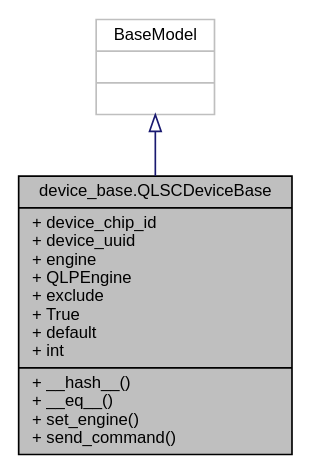
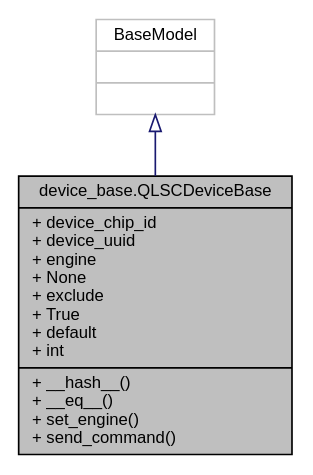
One commit to Quantum-0/qlsc changed the diagram in classdevice__base_1_1QLSCDeviceBase__inherit__graph.dot. Above: the diagram before and after it, drawn with Graphviz. The commit also changed 193 other files, not shown here.

```diff
--- a/classdevice__base_1_1QLSCDeviceBase__inherit__graph.dot
+++ b/classdevice__base_1_1QLSCDeviceBase__inherit__graph.dot
@@ -1,9 +1,9 @@
 digraph "device_base.QLSCDeviceBase"
 {
  // LATEX_PDF_SIZE
   edge [fontname="Helvetica",fontsize="10",labelfontname="Helvetica",labelfontsize="10"];
   node [fontname="Helvetica",fontsize="10",shape=record];
-  Node1 [label="{device_base.QLSCDeviceBase\n|+ device_chip_id\l+ device_uuid\l+ engine\l+ QLPEngine\l+ exclude\l+ True\l+ default\l+ int\l|+ __hash__()\l+ __eq__()\l+ set_engine()\l+ send_command()\l}",height=0.2,width=0.4,color="black", fillcolor="grey75", style="filled", fontcolor="black",tooltip=" "];
+  Node1 [label="{device_base.QLSCDeviceBase\n|+ device_chip_id\l+ device_uuid\l+ engine\l+ None\l+ exclude\l+ True\l+ default\l+ int\l|+ __hash__()\l+ __eq__()\l+ set_engine()\l+ send_command()\l}",height=0.2,width=0.4,color="black", fillcolor="grey75", style="filled", fontcolor="black",tooltip=" "];
   Node2 -> Node1 [dir="back",color="midnightblue",fontsize="10",style="solid",arrowtail="onormal",fontname="Helvetica"];
   Node2 [label="{BaseModel\n||}",height=0.2,width=0.4,color="grey75", fillcolor="white", style="filled",tooltip=" "];
 }
```
